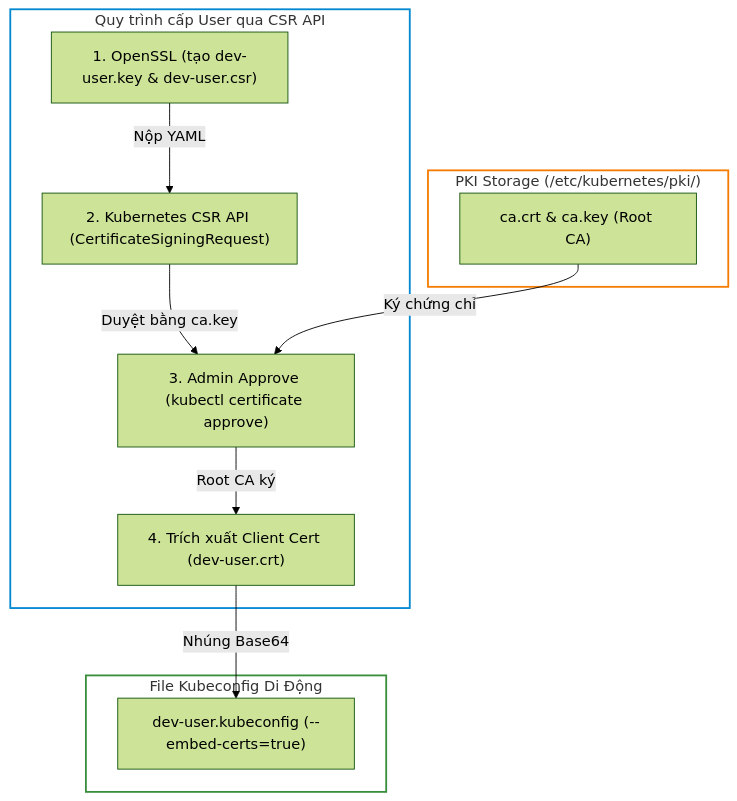
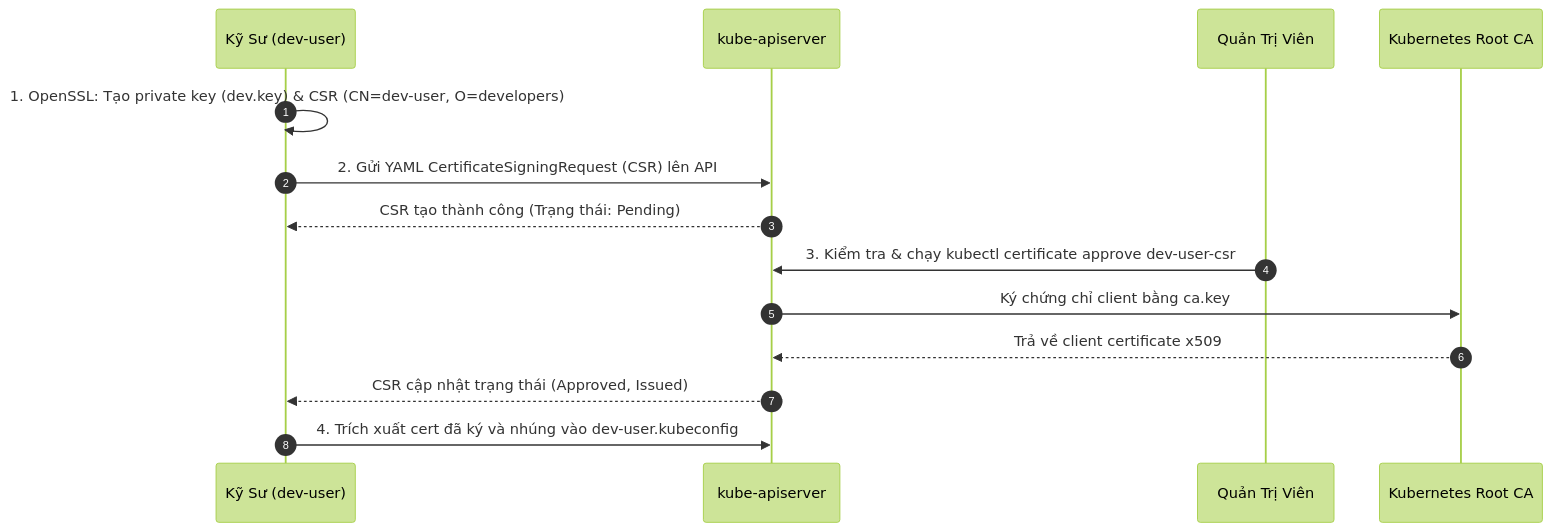
Before and after one commit to kiennt308/ntk: the third of 4 diagrams in _posts/2026-09-12-cka-07-07-chung-chi-pki-va-kubeconfig.md, drawn with Mermaid (forest theme). The commit also changed other lines of this file and 39 other files, not shown here.

````diff
--- a/_posts/2026-09-12-cka-07-07-chung-chi-pki-va-kubeconfig.md
+++ b/_posts/2026-09-12-cka-07-07-chung-chi-pki-va-kubeconfig.md
@@ -486,27 +147,17 @@
 ```mermaid
-graph TD
-    subgraph PKI_Storage ["PKI Storage (/etc/kubernetes/pki/)"]
-        ROOT_CA["ca.crt & ca.key (Root CA)"]
-    end
+sequenceDiagram
+    autonumber
+    participant Dev as Kỹ Sư (dev-user)
+    participant API as kube-apiserver
+    participant Admin as Quản Trị Viên
+    participant CA as Kubernetes Root CA
 
-    subgraph CSR_Workflow ["Quy trình cấp User qua CSR API"]
-        OPENSSL["1. OpenSSL (tạo dev-user.key & dev-user.csr)"]
-        CSR_OBJ["2. Kubernetes CSR API (CertificateSigningRequest)"]
-        APPROVE["3. Admin Approve (kubectl certificate approve)"]
-        CERT_OUT["4. Trích xuất Client Cert (dev-user.crt)"]
-    end
-
-    subgraph Kubeconfig_Output ["File Kubeconfig Di Động"]
-        KUBECONFIG["dev-user.kubeconfig (--embed-certs=true)"]
-    end
-
-    OPENSSL -->|"Nộp YAML"| CSR_OBJ
-    CSR_OBJ -->|"Duyệt bằng ca.key"| APPROVE
-    APPROVE -->|"Root CA ký"| CERT_OUT
-    CERT_OUT -->|"Nhúng Base64"| KUBECONFIG
-    ROOT_CA -->|"Ký chứng chỉ"| APPROVE
-
-    style PKI_Storage fill:none,stroke:#f57c00,stroke-width:2px
-    style CSR_Workflow fill:none,stroke:#0288d1,stroke-width:2px
-    style Kubeconfig_Output fill:none,stroke:#388e3c,stroke-width:2px
+    Dev->>Dev: 1. OpenSSL: Tạo private key (dev.key) & CSR (CN=dev-user, O=developers)
+    Dev->>API: 2. Gửi YAML CertificateSigningRequest (CSR) lên API
+    API-->>Dev: CSR tạo thành công (Trạng thái: Pending)
+    Admin->>API: 3. Kiểm tra & chạy kubectl certificate approve dev-user-csr
+    API->>CA: Ký chứng chỉ client bằng ca.key
+    CA-->>API: Trả về client certificate x509
+    API-->>Dev: CSR cập nhật trạng thái (Approved, Issued)
+    Dev->>API: 4. Trích xuất cert đã ký và nhúng vào dev-user.kubeconfig
 ```
````
